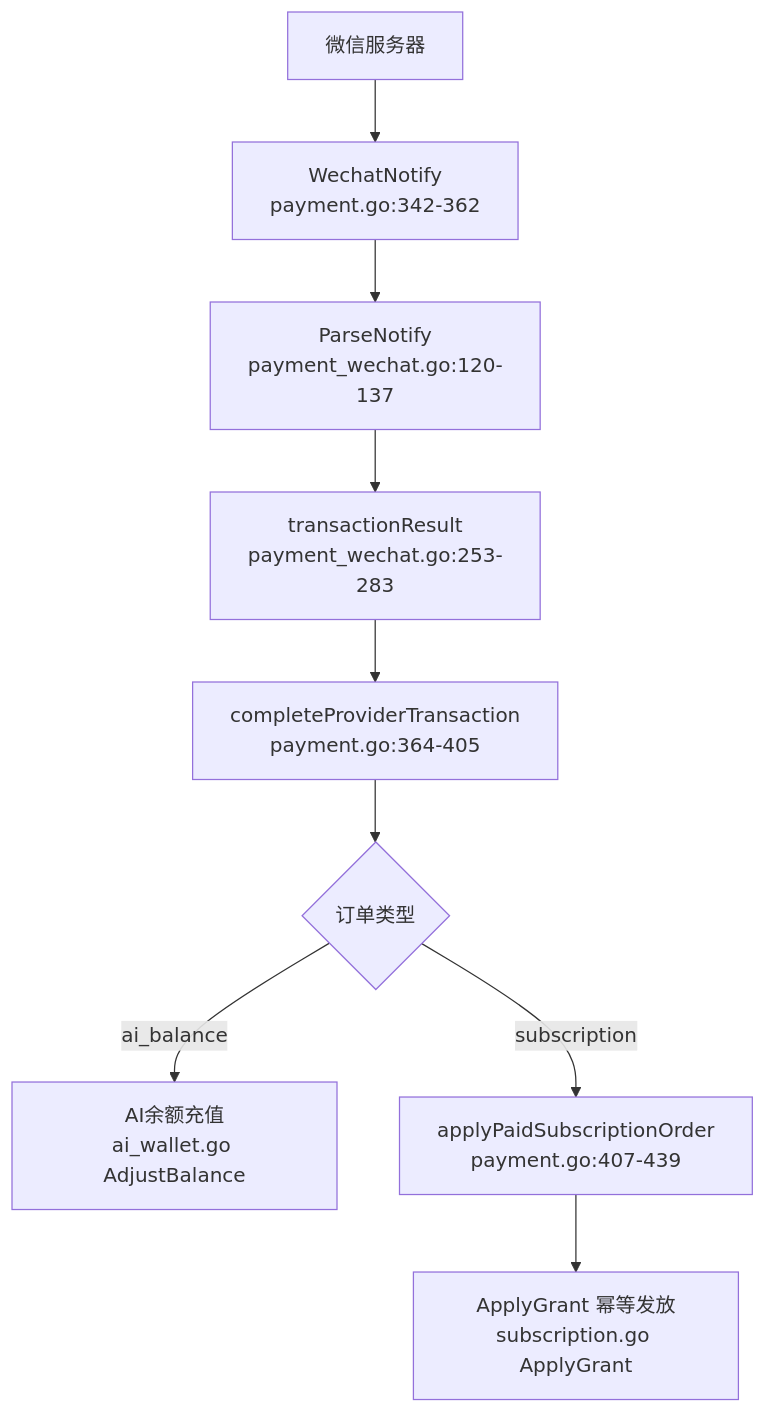
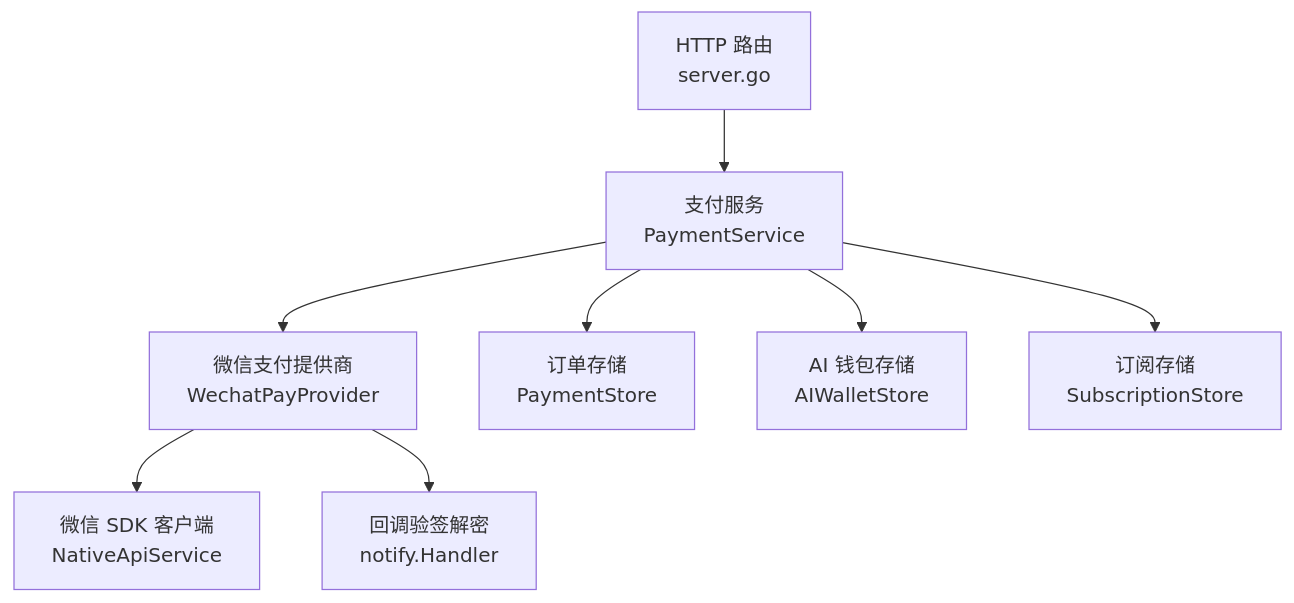
Before and after one commit to alvinwangzi/goodhr: the first of 5 diagrams in .qoder/repowiki/zh/content/API接口文档/云端REST API/支付订阅API/支付回调处理.md, drawn with Mermaid. The commit also changed other lines of this file and 149 other files, not shown here.

````diff
--- a/.qoder/repowiki/zh/content/API接口文档/云端REST API/支付订阅API/支付回调处理.md
+++ b/.qoder/repowiki/zh/content/API接口文档/云端REST API/支付订阅API/支付回调处理.md
@@ -37,11 +32,10 @@
 ```mermaid
 graph TB
-A["微信服务器"] --> B["WechatNotify<br/>payment.go:342-362"]
-B --> C["ParseNotify<br/>payment_wechat.go:120-137"]
-C --> D["transactionResult<br/>payment_wechat.go:253-283"]
-D --> E["completeProviderTransaction<br/>payment.go:364-405"]
-E --> F{"订单类型"}
-F --> |ai_balance| G["AI余额充值<br/>ai_wallet.go AdjustBalance"]
-F --> |subscription| H["applyPaidSubscriptionOrder<br/>payment.go:407-439"]
-H --> I["ApplyGrant 幂等发放<br/>subscription.go ApplyGrant"]
+A["HTTP 路由<br/>server.go"] --> B["支付服务<br/>PaymentService"]
+B --> C["微信支付提供商<br/>WechatPayProvider"]
+B --> D["订单存储<br/>PaymentStore"]
+B --> E["AI 钱包存储<br/>AIWalletStore"]
+B --> F["订阅存储<br/>SubscriptionStore"]
+C --> G["微信 SDK 客户端<br/>NativeApiService"]
+C --> H["回调验签解密<br/>notify.Handler"]
 ```
````
